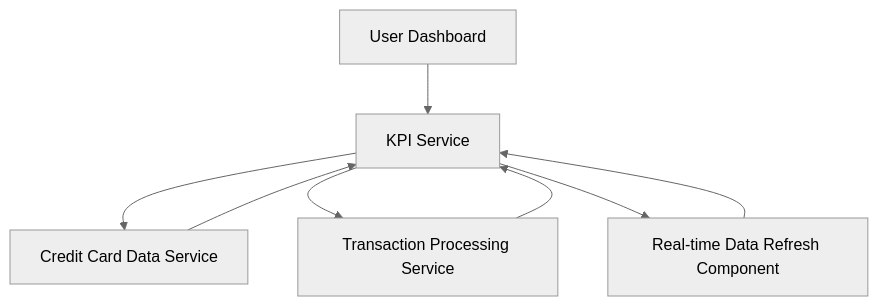
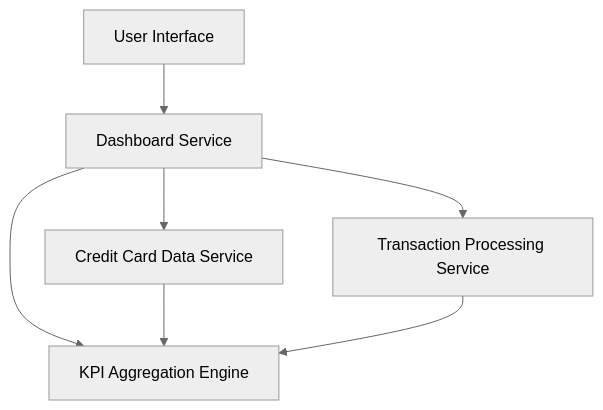
The diagram in HLD/QE-8555_HLD.md (AAVA-Demo/APB_Demo), drawn with Mermaid (neutral theme) before and after one commit. The commit also changed other lines of this file and 5 other files, not shown here.

````diff
--- a/HLD/QE-8555_HLD.md
+++ b/HLD/QE-8555_HLD.md
@@ -7,15 +7,14 @@
 ```mermaid
 flowchart TD
-    A["User Dashboard"]
-    B["KPI Service"]
+    A["User Interface"]
+    B["Dashboard Service"]
     C["Credit Card Data Service"]
     D["Transaction Processing Service"]
-    E["Real-time Data Refresh Component"]
+    E["KPI Aggregation Engine"]
     A --> B
     B --> C
     B --> D
     B --> E
-    C --> B
-    D --> B
-    E --> B
+    C --> E
+    D --> E
 ```
````
